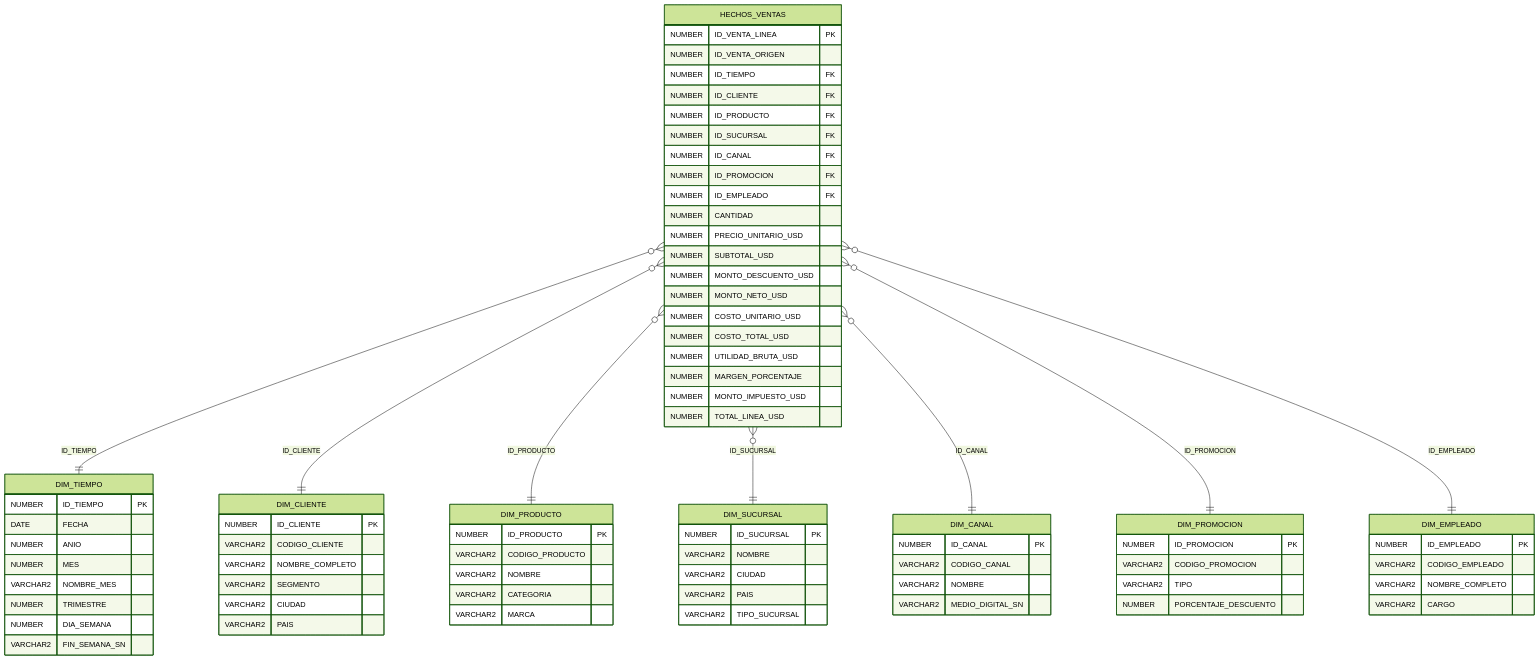
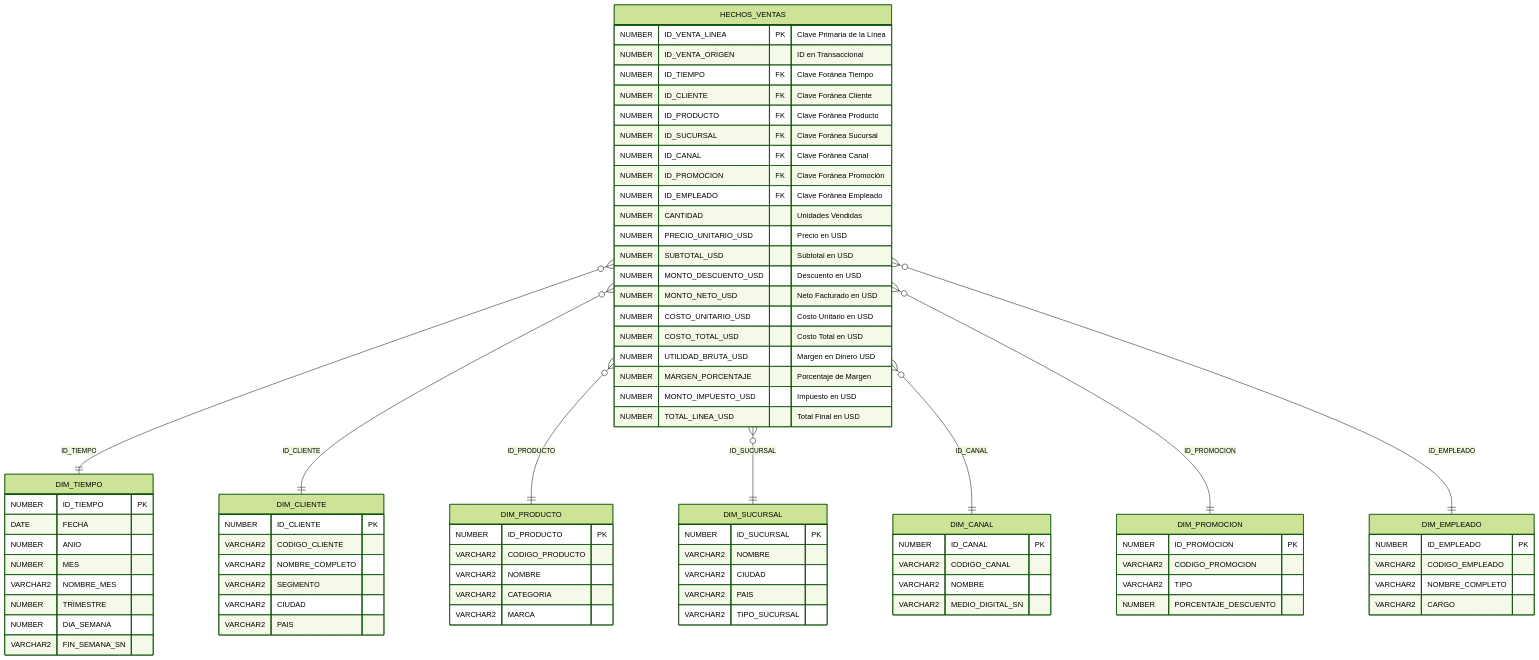
Before and after one commit to Miguel20170346/retail-omnichannel-analytics: the second of 2 diagrams in README.md, drawn with Mermaid (forest theme). The commit also changed other lines of this file and 2 other files, not shown here.

```diff
--- a/README.md
+++ b/README.md
@@ -143,26 +145,26 @@
     HECHOS_VENTAS }o--|| DIM_EMPLEADO : "ID_EMPLEADO"
 
     HECHOS_VENTAS {
-        NUMBER ID_VENTA_LINEA PK
-        NUMBER ID_VENTA_ORIGEN
-        NUMBER ID_TIEMPO FK
-        NUMBER ID_CLIENTE FK
-        NUMBER ID_PRODUCTO FK
-        NUMBER ID_SUCURSAL FK
-        NUMBER ID_CANAL FK
-        NUMBER ID_PROMOCION FK
-        NUMBER ID_EMPLEADO FK
-        NUMBER CANTIDAD
-        NUMBER PRECIO_UNITARIO_USD
-        NUMBER SUBTOTAL_USD
-        NUMBER MONTO_DESCUENTO_USD
-        NUMBER MONTO_NETO_USD
-        NUMBER COSTO_UNITARIO_USD
-        NUMBER COSTO_TOTAL_USD
-        NUMBER UTILIDAD_BRUTA_USD
-        NUMBER MARGEN_PORCENTAJE
-        NUMBER MONTO_IMPUESTO_USD
-        NUMBER TOTAL_LINEA_USD
+        NUMBER ID_VENTA_LINEA PK "Clave Primaria de la Línea"
+        NUMBER ID_VENTA_ORIGEN "ID en Transaccional"
+        NUMBER ID_TIEMPO FK "Clave Foránea Tiempo"
+        NUMBER ID_CLIENTE FK "Clave Foránea Cliente"
+        NUMBER ID_PRODUCTO FK "Clave Foránea Producto"
+        NUMBER ID_SUCURSAL FK "Clave Foránea Sucursal"
+        NUMBER ID_CANAL FK "Clave Foránea Canal"
+        NUMBER ID_PROMOCION FK "Clave Foránea Promoción"
+        NUMBER ID_EMPLEADO FK "Clave Foránea Empleado"
+        NUMBER CANTIDAD "Unidades Vendidas"
+        NUMBER PRECIO_UNITARIO_USD "Precio en USD"
+        NUMBER SUBTOTAL_USD "Subtotal en USD"
+        NUMBER MONTO_DESCUENTO_USD "Descuento en USD"
+        NUMBER MONTO_NETO_USD "Neto Facturado en USD"
+        NUMBER COSTO_UNITARIO_USD "Costo Unitario en USD"
+        NUMBER COSTO_TOTAL_USD "Costo Total en USD"
+        NUMBER UTILIDAD_BRUTA_USD "Margen en Dinero USD"
+        NUMBER MARGEN_PORCENTAJE "Porcentaje de Margen"
+        NUMBER MONTO_IMPUESTO_USD "Impuesto en USD"
+        NUMBER TOTAL_LINEA_USD "Total Final en USD"
     }
 
     DIM_TIEMPO {
```
